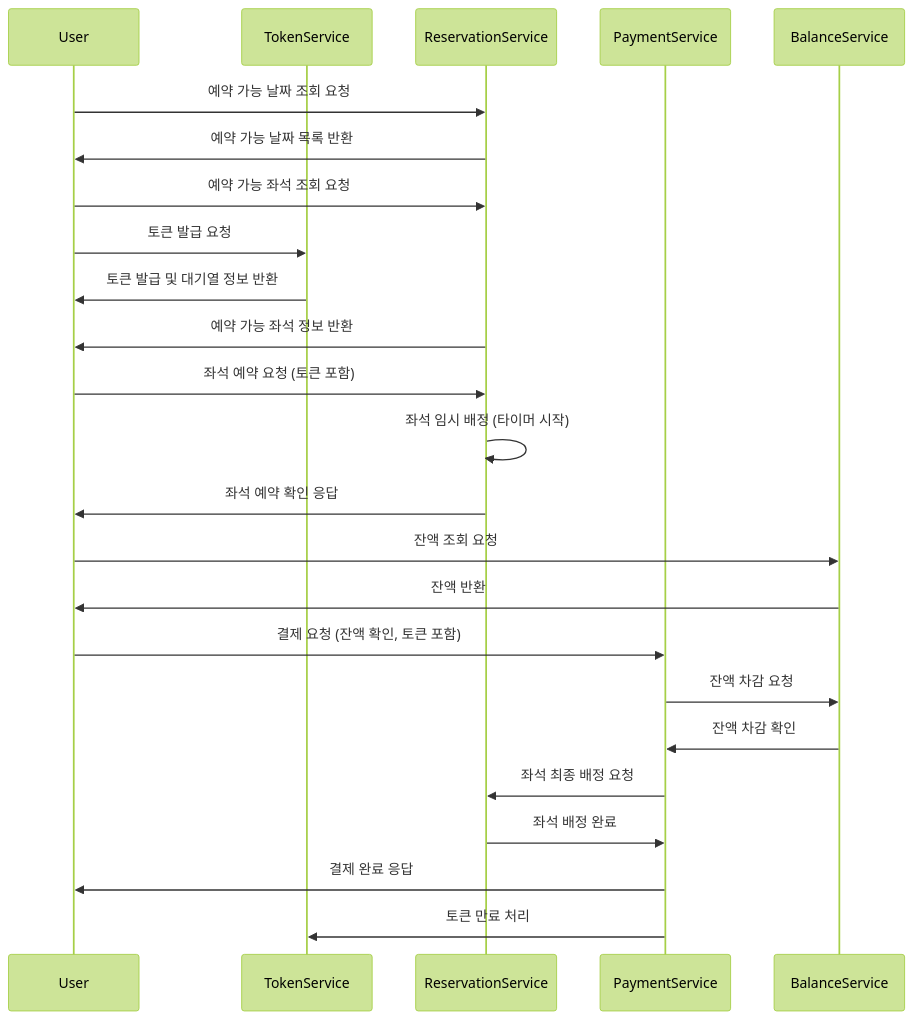
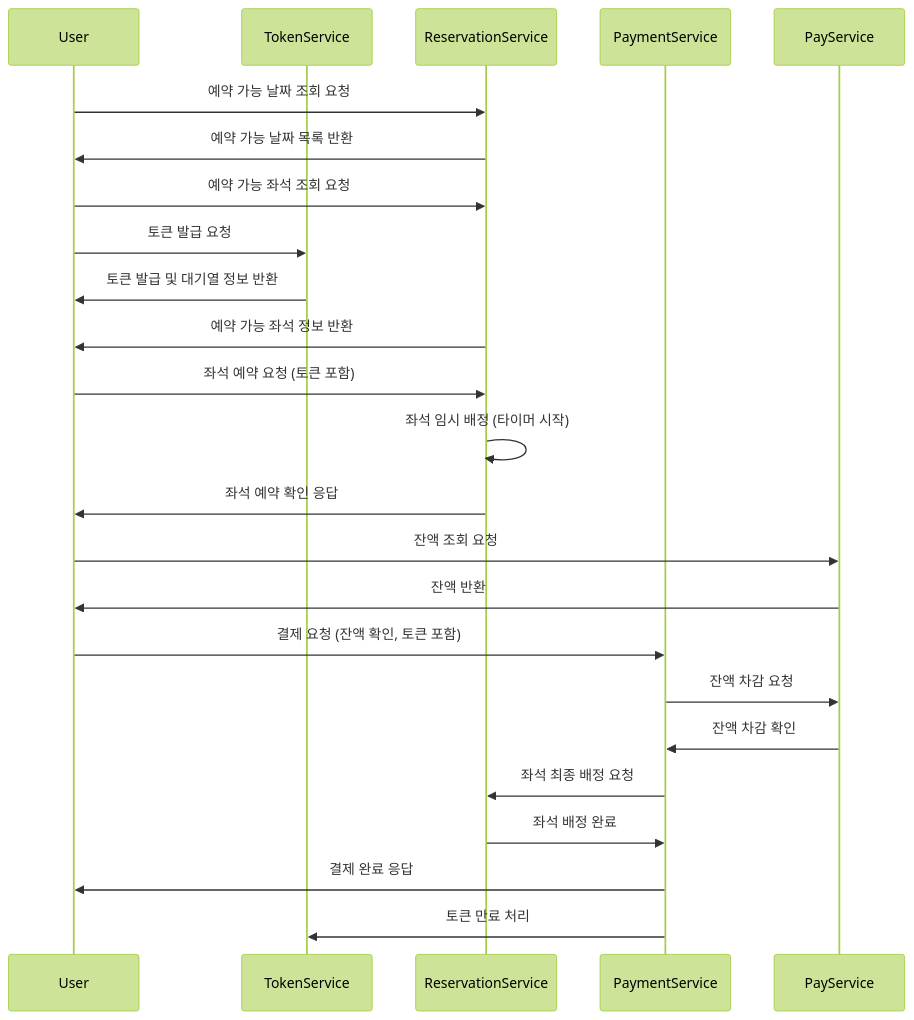
One commit to fatallinverno/hhplus-concert-reservation changed the first of 3 diagrams in README.md. Above: the diagram before and after it, drawn with Mermaid (forest theme).

Commit message:
시퀀스 다이어그램 명칭 변경

````diff
--- a/README.md
+++ b/README.md
@@ -2,32 +2,32 @@
 ```mermaid
 sequenceDiagram
     participant User
     participant TokenService
     participant ReservationService
     participant PaymentService
-    participant BalanceService
+    participant PayService
 
     User ->> ReservationService: 예약 가능 날짜 조회 요청
     ReservationService ->> User: 예약 가능 날짜 목록 반환
     
     User ->> ReservationService: 예약 가능 좌석 조회 요청
     User ->> TokenService: 토큰 발급 요청
     TokenService ->> User: 토큰 발급 및 대기열 정보 반환
     ReservationService ->> User: 예약 가능 좌석 정보 반환
 
     User ->> ReservationService: 좌석 예약 요청 (토큰 포함)
     
     ReservationService ->> ReservationService: 좌석 임시 배정 (타이머 시작)
     ReservationService ->> User: 좌석 예약 확인 응답
 
-    User ->> BalanceService: 잔액 조회 요청
-    BalanceService ->> User: 잔액 반환
+    User ->> PayService: 잔액 조회 요청
+    PayService ->> User: 잔액 반환
 
     User ->> PaymentService: 결제 요청 (잔액 확인, 토큰 포함)
-    PaymentService ->> BalanceService: 잔액 차감 요청
-    BalanceService ->> PaymentService: 잔액 차감 확인
+    PaymentService ->> PayService: 잔액 차감 요청
+    PayService ->> PaymentService: 잔액 차감 확인
     PaymentService ->> ReservationService: 좌석 최종 배정 요청
     ReservationService ->> PaymentService: 좌석 배정 완료
     PaymentService ->> User: 결제 완료 응답
     PaymentService ->> TokenService: 토큰 만료 처리
 ```
````
